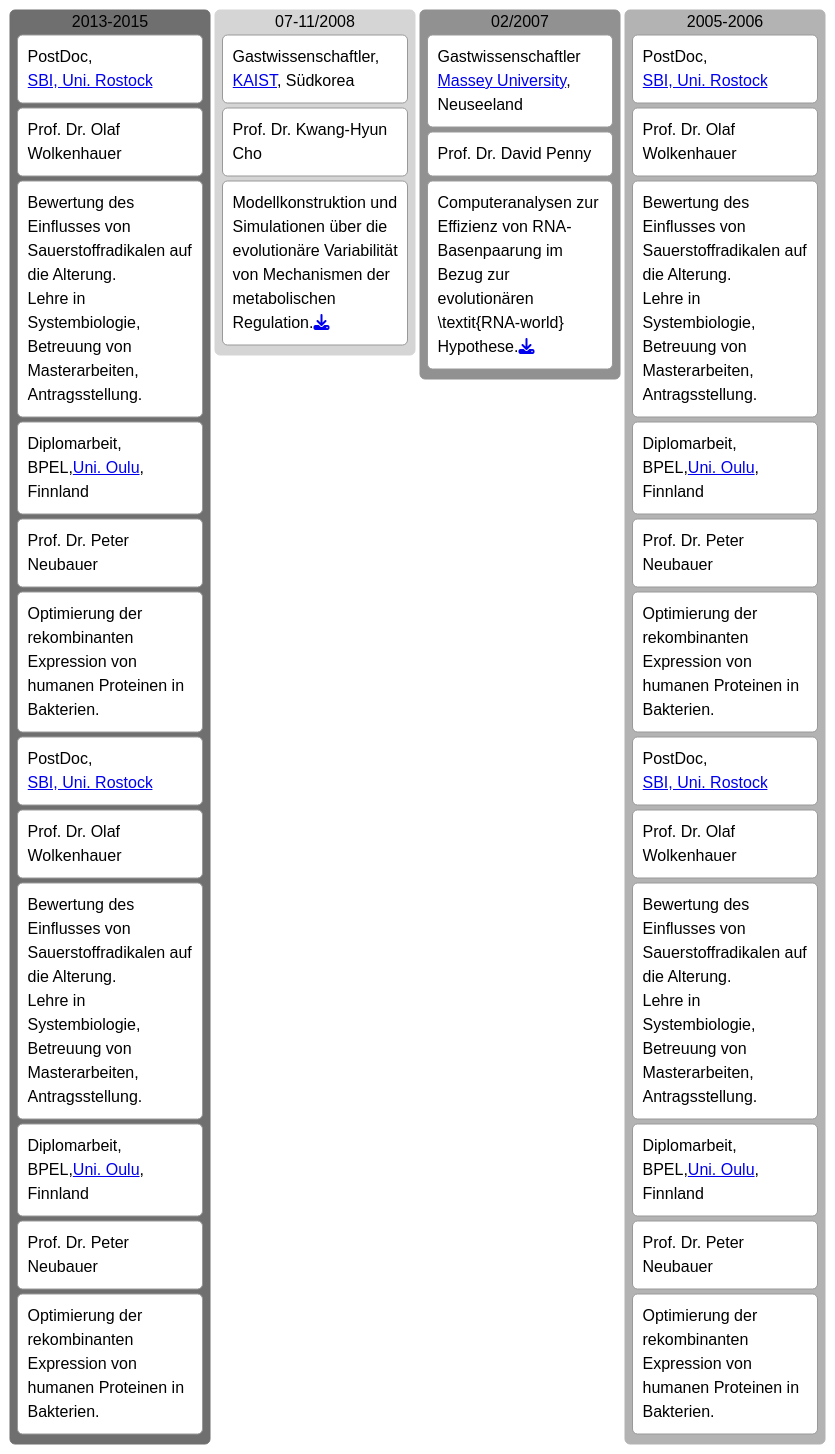
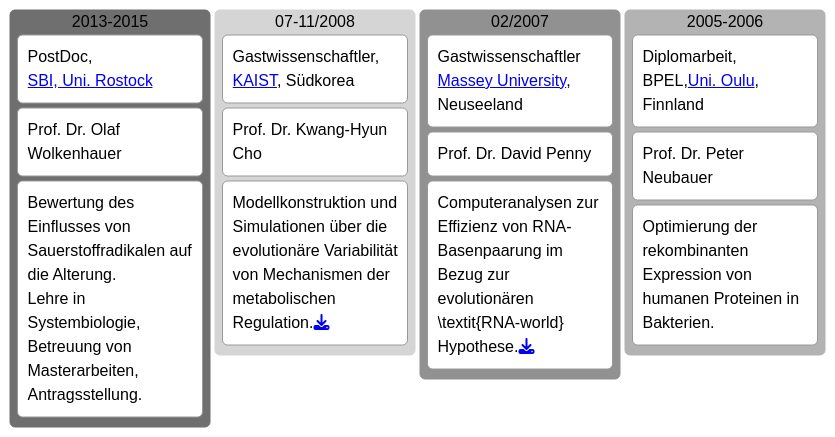
The second of 2 diagrams in _pages/vita.md (uliebal/uliebal.github.io), drawn with Mermaid (neutral theme) before and after one commit.

Commit message:
correct kanban in vita

```diff
--- a/_pages/vita.md
+++ b/_pages/vita.md
@@ -135,19 +135,19 @@
 <pre class="mermaid">
 kanban
-    SBI2["2013-2015"]
+    SBI["2013-2015"]
         task1["PostDoc,<br><a href="https://www.sbi.uni-rostock.de/">SBI, Uni. Rostock</a>"]
         task2["Prof. Dr. Olaf Wolkenhauer"]
         task3["Bewertung des Einflusses von Sauerstoffradikalen auf die Alterung.<br>Lehre in Systembiologie, Betreuung von Masterarbeiten, Antragsstellung."]
     kaist["07-11/2008"]
         task1["Gastwissenschaftler,<br><a href="https://www.kaist.ac.kr/en/">KAIST</a>, Südkorea"]
         task2["Prof. Dr. Kwang-Hyun Cho"]
         task3["Modellkonstruktion und Simulationen über die evolutionäre Variabilität von Mechanismen der metabolischen Regulation.<a href="/assets/Files/2008_KAIST-Report.pdf"><i class="fa-solid fa-download"></i></a>"]
     palmerston["02/2007"]
         task1["Gastwissenschaftler<br><a href="https://www.massey.ac.nz/">Massey University</a>, Neuseeland"]
         task2["Prof. Dr. David Penny"]
         task3["Computeranalysen zur Effizienz von RNA-Basenpaarung im Bezug zur evolutionären \textit{RNA-world} Hypothese.<a href="/assets/Files/2007_NZ-Report.pdf"><i class="fa-solid fa-download"></i></a>"]
-    SBI2["2005-2006"]
+    BPEL["2005-2006"]
         task1["Diplomarbeit,<br>BPEL,<a href="https://www.oulu.fi/en">Uni. Oulu</a>, Finnland"]
         task2["Prof. Dr. Peter Neubauer"]
         task3["Optimierung der rekombinanten Expression von humanen Proteinen in Bakterien."]
 </pre>
```
